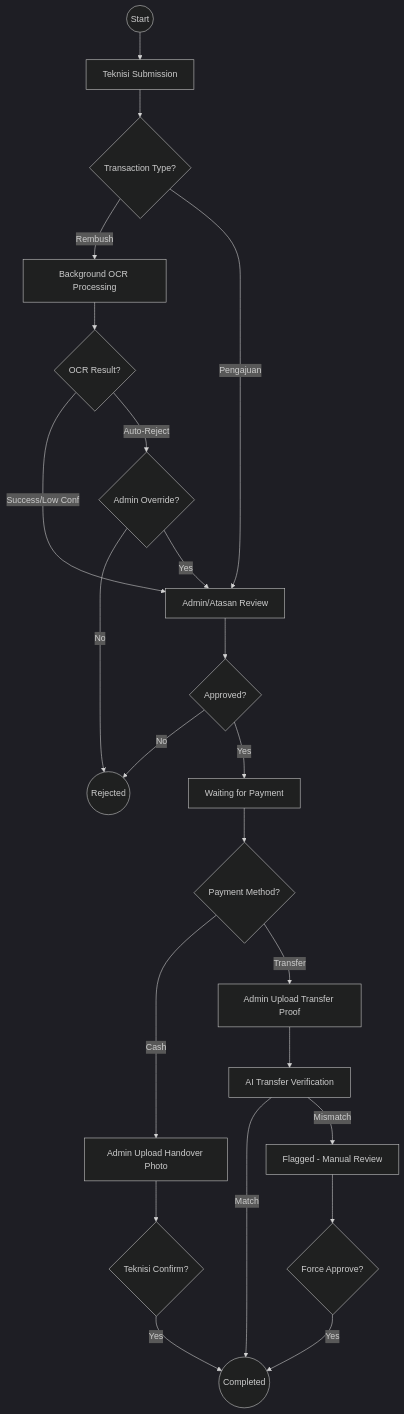
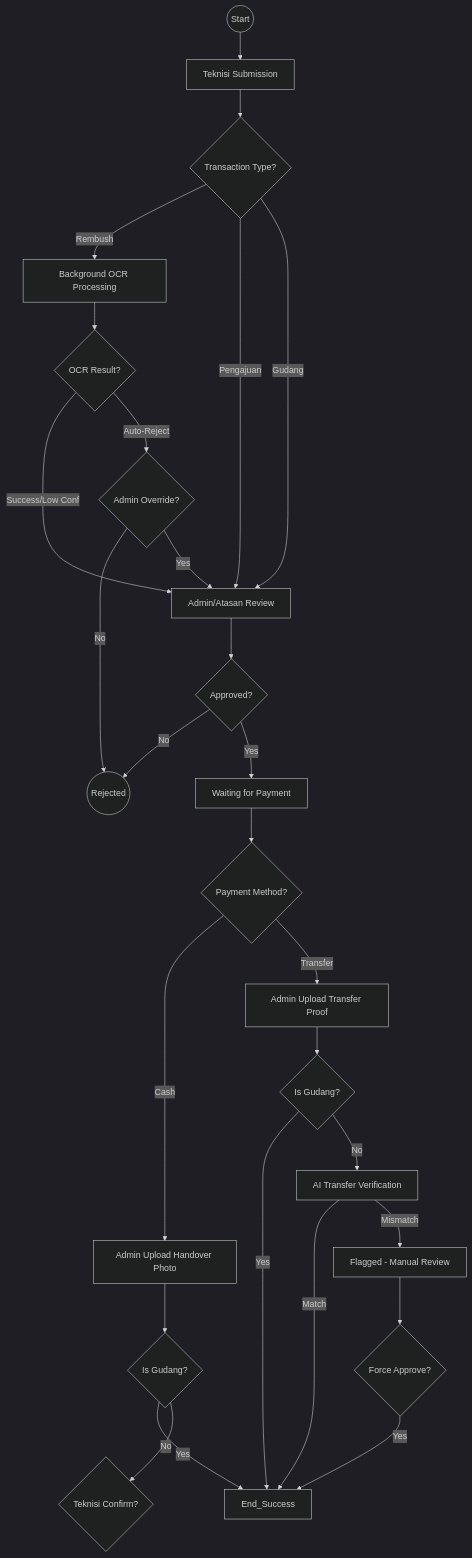
The first of 6 diagrams in FLOWCHARTS.md (YofhiFauda/Admin-Payment), drawn with Mermaid (dark theme) before and after one commit. The commit also changed other lines of this file and 15 other files, not shown here.

Commit message:
feat: implementasi modul Gudang, optimasi alur pembayaran internal tanpa OCR/Telegram, dan pembaruan dokumentasi teknis

````diff
--- a/FLOWCHARTS.md
+++ b/FLOWCHARTS.md
@@ -10,34 +10,38 @@
 ```mermaid
 graph TD
     Start((Start)) --> Submission[Teknisi Submission]
     Submission --> Type{Transaction Type?}
     
     Type -- Rembush --> OCR_Process[Background OCR Processing]
     Type -- Pengajuan --> Admin_Check[Admin/Atasan Review]
+    Type -- Gudang --> Admin_Check
     
     OCR_Process --> OCR_Result{OCR Result?}
     OCR_Result -- Success/Low Conf --> Admin_Check
     OCR_Result -- Auto-Reject --> Override{Admin Override?}
     
     Override -- No --> End_Reject((Rejected))
     Override -- Yes --> Admin_Check
     
     Admin_Check --> Approval{Approved?}
     Approval -- No --> End_Reject
     Approval -- Yes --> Payment[Waiting for Payment]
     
     Payment --> Pay_Method{Payment Method?}
     
     Pay_Method -- Cash --> Cash_Flow[Admin Upload Handover Photo]
     Pay_Method -- Transfer --> Transfer_Flow[Admin Upload Transfer Proof]
     
-    Cash_Flow --> Teknisi_Confirm{Teknisi Confirm?}
-    Teknisi_Confirm -- Yes --> End_Success((Completed))
+    Cash_Flow --> Is_Gudang_Cash{Is Gudang?}
+    Is_Gudang_Cash -- Yes --> End_Success
+    Is_Gudang_Cash -- No --> Teknisi_Confirm{Teknisi Confirm?}
     
-    Transfer_Flow --> Transfer_OCR[AI Transfer Verification]
+    Transfer_Flow --> Is_Gudang_Trf{Is Gudang?}
+    Is_Gudang_Trf -- Yes --> End_Success
+    Is_Gudang_Trf -- No --> Transfer_OCR[AI Transfer Verification]
     Transfer_OCR -- Match --> End_Success
     Transfer_OCR -- Mismatch --> Flagged[Flagged - Manual Review]
     
     Flagged --> Force_Approve{Force Approve?}
     Force_Approve -- Yes --> End_Success
 ```
````
